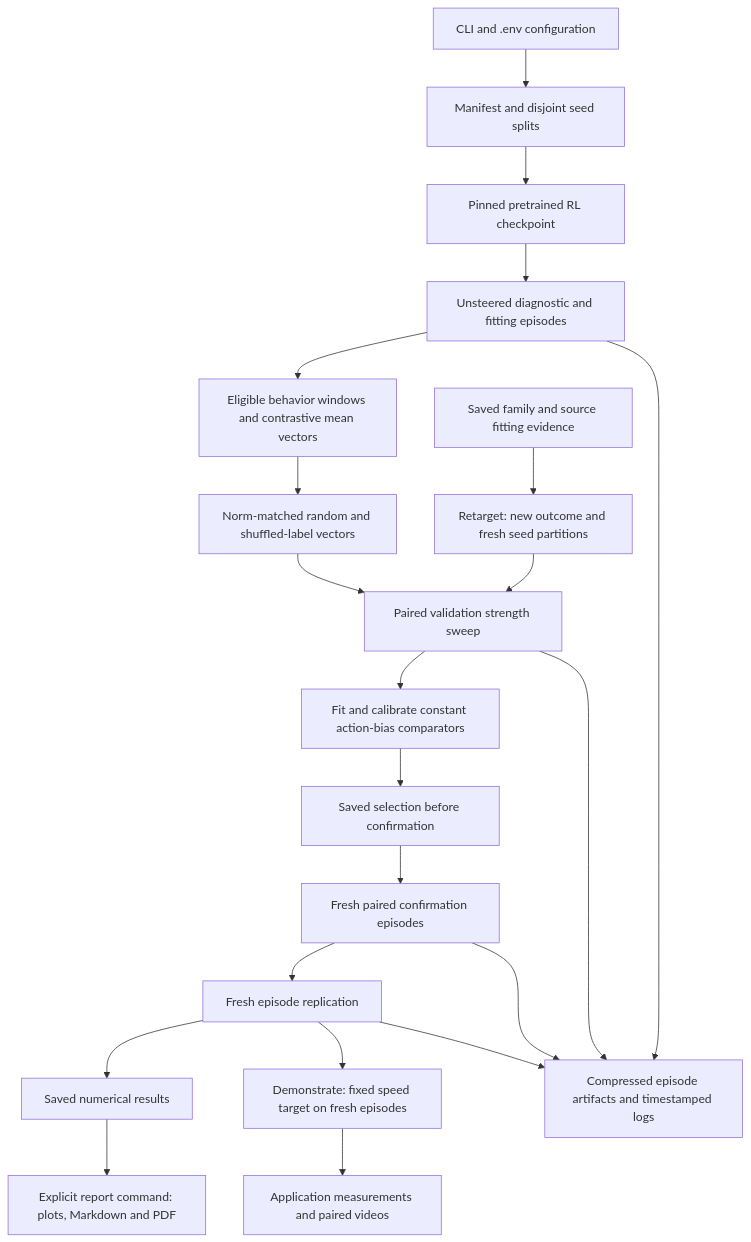
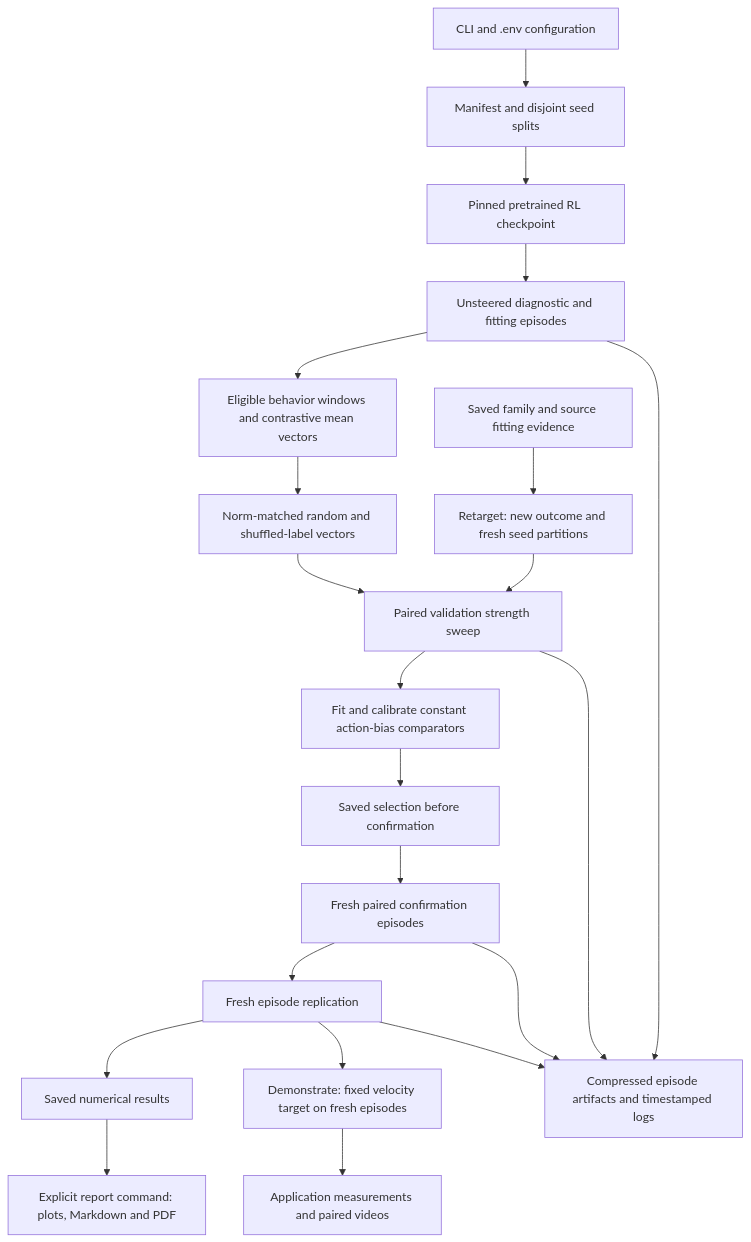
Before and after one commit to BurnyCoder/reinforcement-learning-locomotion-steering-vectors: the diagram in README.md, drawn with Mermaid. The commit also changed other lines of this file and 13 other files, not shown here.

````diff
--- a/README.md
+++ b/README.md
@@ -48,23 +76,23 @@
 ```mermaid
 flowchart TD
     CLI[CLI and .env configuration] --> PLAN[Manifest and disjoint seed splits]
     PLAN --> LOAD[Pinned pretrained RL checkpoint]
     LOAD --> BASE[Unsteered diagnostic and fitting episodes]
     BASE --> FIT[Eligible behavior windows and contrastive mean vectors]
     FIT --> CONTROLS[Norm-matched random and shuffled-label vectors]
     CONTROLS --> VALIDATE[Paired validation strength sweep]
     VALIDATE --> BIAS[Fit and calibrate constant action-bias comparators]
     BIAS --> LOCK[Saved selection before confirmation]
     LOCK --> CONFIRM[Fresh paired confirmation episodes]
     CONFIRM --> REPLICATE[Fresh episode replication]
     REPLICATE --> RESULTS[Saved numerical results]
     RESULTS --> REPORT[Explicit report command: plots, Markdown and PDF]
     SOURCE[Saved family and source fitting evidence] --> RETARGET[Retarget: new outcome and fresh seed partitions]
     RETARGET --> VALIDATE
-    REPLICATE --> DEMO[Demonstrate: fixed speed target on fresh episodes]
+    REPLICATE --> DEMO[Demonstrate: fixed velocity target on fresh episodes]
     DEMO --> MEDIA[Application measurements and paired videos]
     BASE --> STORE[Compressed episode artifacts and timestamped logs]
     VALIDATE --> STORE
     CONFIRM --> STORE
     REPLICATE --> STORE
 ```
````
